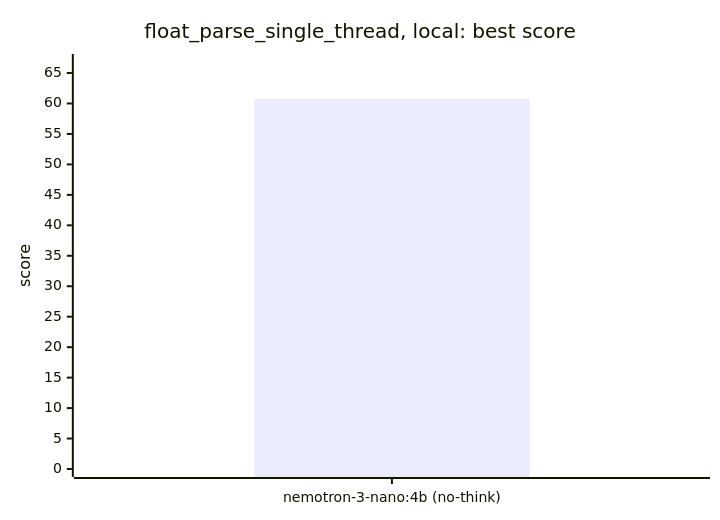
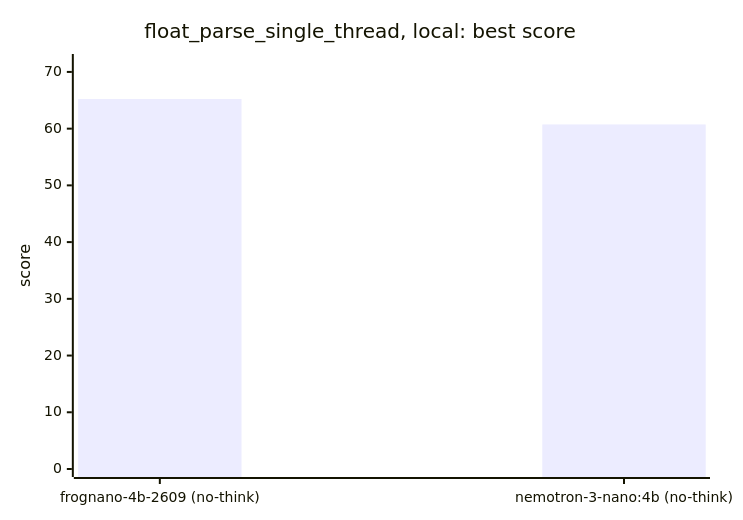
Before and after one commit to cklukas/OMEGA_TRANSFORM: the first of 5 diagrams in docs/benchmarks/float_parse_single_thread.md, drawn with Mermaid. The commit also changed other lines of this file and 10 other files, not shown here.

````diff
--- a/docs/benchmarks/float_parse_single_thread.md
+++ b/docs/benchmarks/float_parse_single_thread.md
@@ -20,7 +21,7 @@
 ```mermaid
 xychart-beta
     title "float_parse_single_thread, local: best score"
-    x-axis ["nemotron-3-nano:4b (no-think)"]
-    y-axis "score" 0 --> 66.81
-    bar [60.74]
+    x-axis ["frognano-4b-2609 (no-think)", "nemotron-3-nano:4b (no-think)"]
+    y-axis "score" 0 --> 71.75
+    bar [65.23, 60.74]
 ```
````
